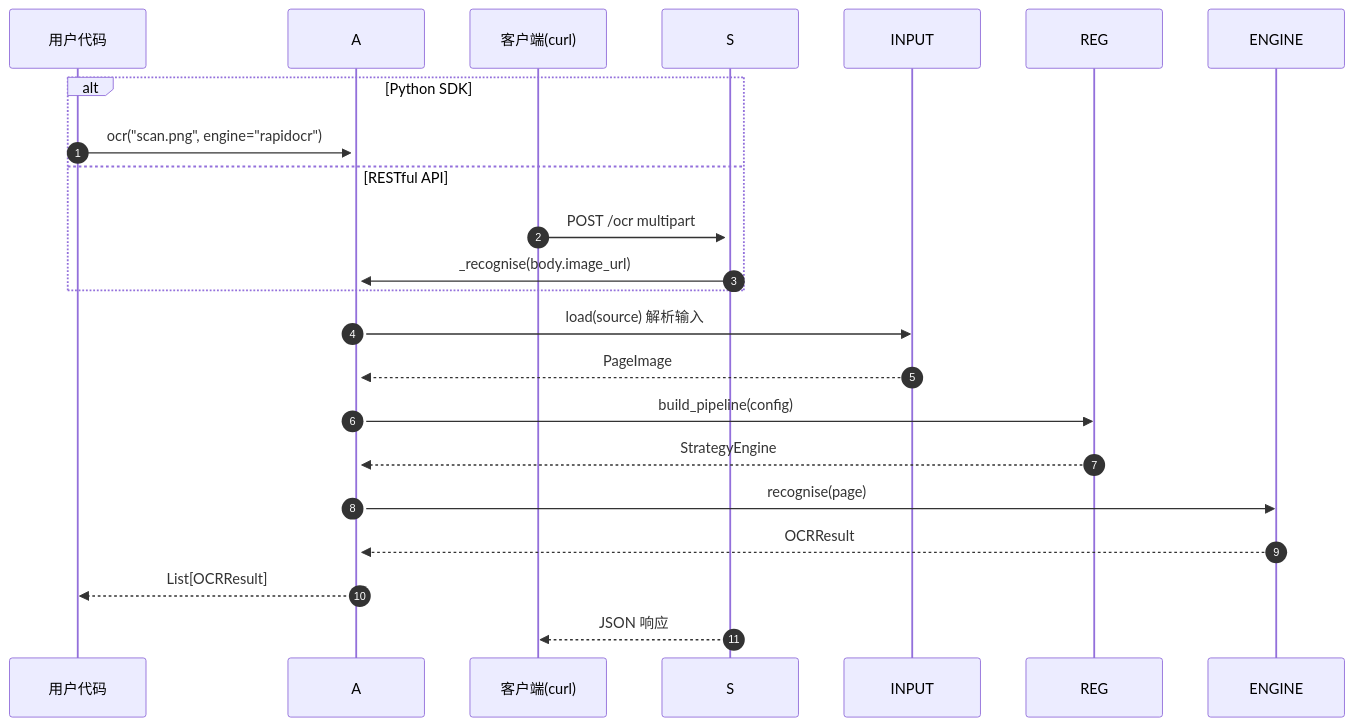
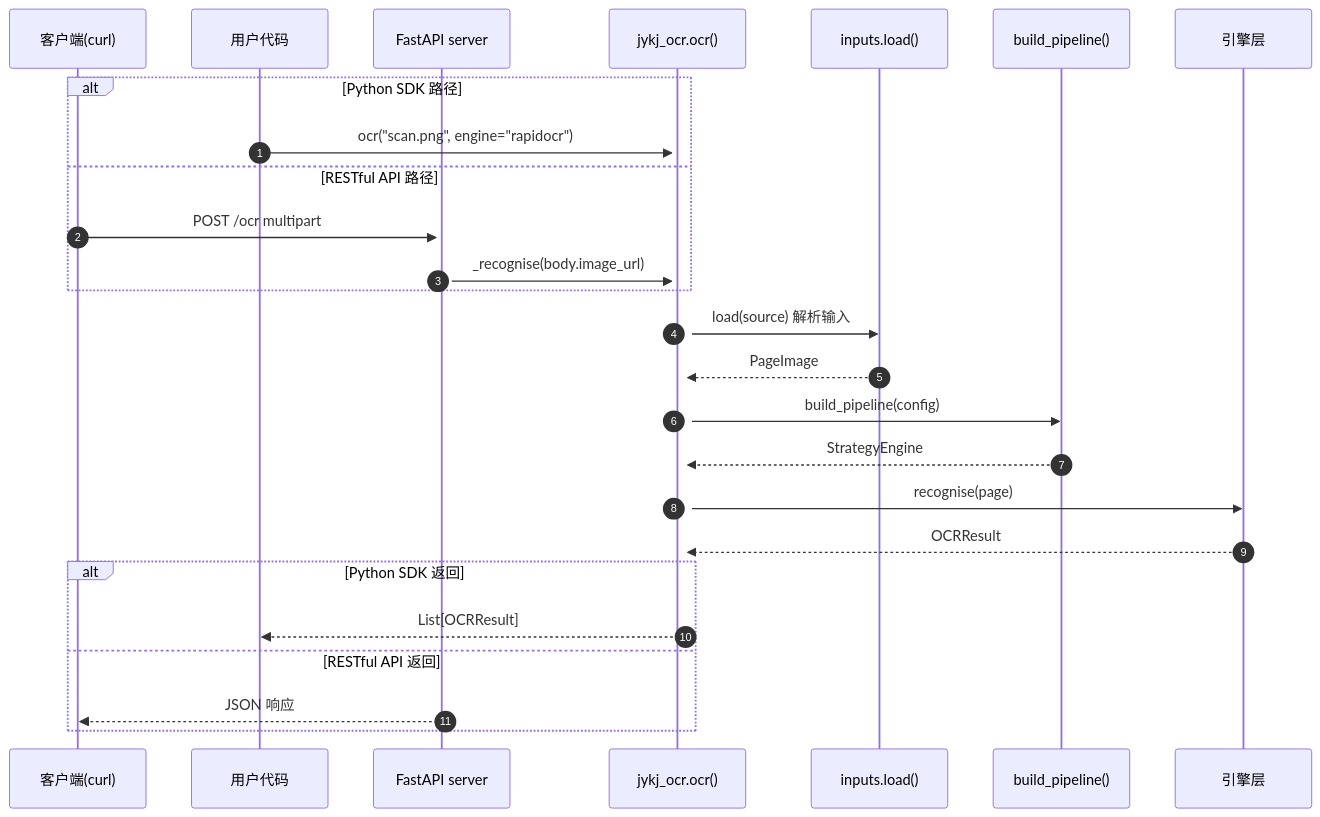
Before and after one commit to yejinlei/jykj-ocr: the fifth of 15 diagrams in docs/manual.md, drawn with Mermaid. The commit also changed 1 other file, not shown here.

Commit message:
fix: Mermaid 图渲染——marked 转义 HTML 实体 + data-code 换行丢失问题
- manual.html:marked.parse 将 code 块中的双引号转义为 &quot; 后,
  escHtml 未解码,导致 Mermaid 收到畸形 init 指令报 Syntax error。
  新增 decHtml(textArea.innerHTML) 解码再重转义,确保 Mermaid
  收到原始源码。
- manual.md:Block 5 的 sequenceDiagram 将 participant 声明移出
  alt/else 块(Mermaid 不允许),全部置于图顶部。

````diff
--- a/docs/manual.md
+++ b/docs/manual.md
@@ -334,21 +334,31 @@
 ```mermaid
 sequenceDiagram
     autonumber
-    alt Python SDK
-        participant U as 用户代码
+    participant C as 客户端(curl)
+    participant U as 用户代码
+    participant S as FastAPI server
+    participant A as jykj_ocr.ocr()
+    participant INPUT as inputs.load()
+    participant REG as build_pipeline()
+    participant ENGINE as 引擎层
+
+    alt Python SDK 路径
         U->>+A: ocr("scan.png", engine="rapidocr")
-    else RESTful API
-        participant C as 客户端(curl)
+    else RESTful API 路径
         C->>+S: POST /ocr multipart
-        S->>A: _recognise(body.image_url)
+        S->>+A: _recognise(body.image_url)
     end
 
     A->>INPUT: load(source) 解析输入
     INPUT-->>A: PageImage
     A->>REG: build_pipeline(config)
     REG-->>A: StrategyEngine
     A->>ENGINE: recognise(page)
     ENGINE-->>A: OCRResult
-    A-->>U: List[OCRResult]
-    S-->>C: JSON 响应
+
+    alt Python SDK 返回
+        A-->>U: List[OCRResult]
+    else RESTful API 返回
+        S-->>C: JSON 响应
+    end
 ```
````
